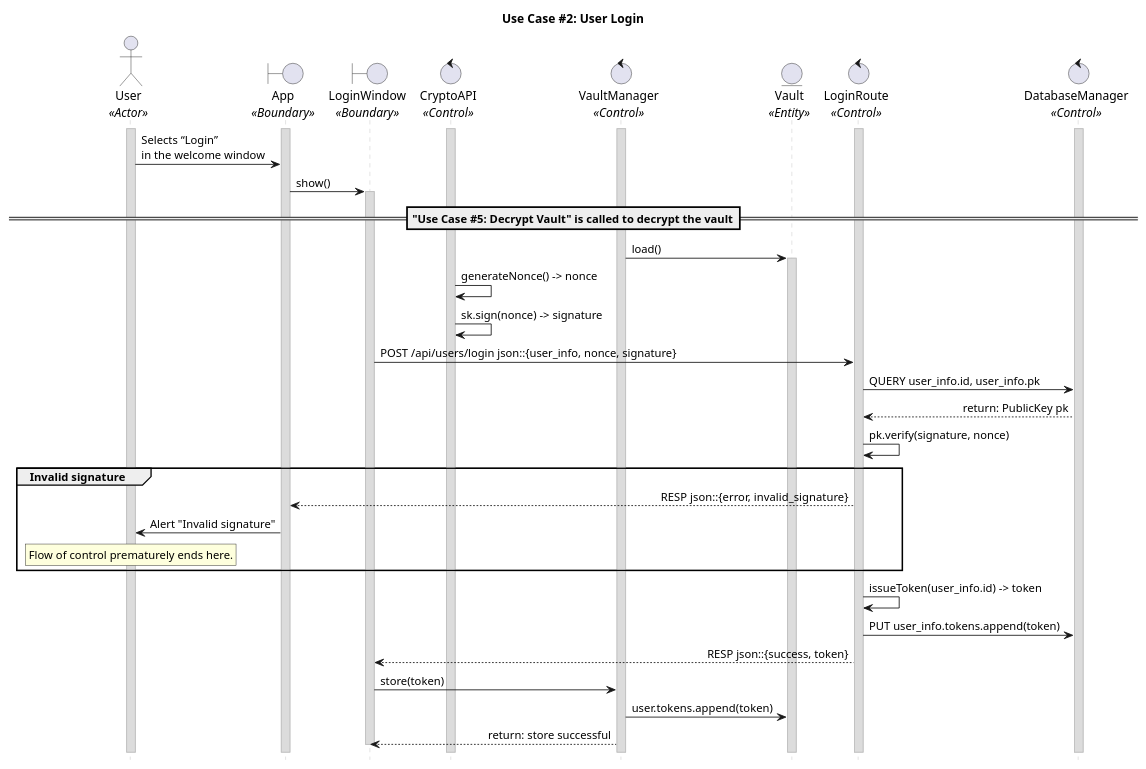
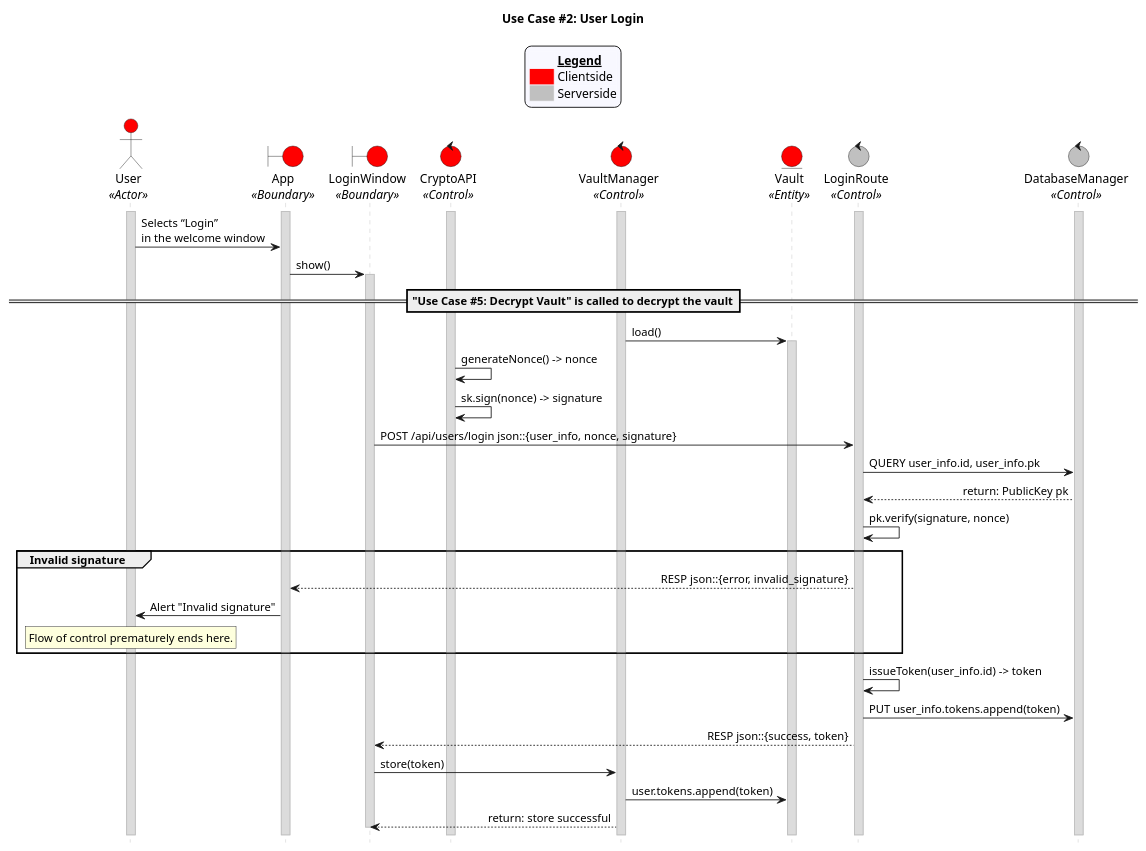
One commit to CECS-491-SP24-Group-1/seq-diagrams changed the diagram in uc_02.puml. Above: the diagram before and after it, drawn with PlantUML. The commit also changed 8 other files, not shown here.

Commit message:
Add legends to the diagrams

```diff
--- a/uc_02.puml
+++ b/uc_02.puml
@@ -1,76 +1,88 @@
 @startuml uc02
 title "Use Case #2: User Login"
 
 'Styling goes here
 hide footbox
 skinparam stereotypePosition bottom
 skinparam sequenceMessageAlign direction
 skinparam sequence {
     LifeLineBorderColor #Silver
     LifeLineBackgroundColor #Gainsboro
 }
 
+'Add a legend plus styling
+skinparam legend {
+	backgroundColor #GhostWhite
+	entrySeparator #GhostWhite
+}
+
+legend top
+	<#GhostWhite,#GhostWhite>|	|= __Legend__ |
+	|<#red> | Clientside|
+	|<#silver> | Serverside|
+endlegend
+
 'Setup the objects involved here
-actor User as u <<Actor>>
-boundary App as a <<Boundary>>
-boundary LoginWindow as lw <<Boundary>>
-control CryptoAPI as ca <<Control>>
-control VaultManager as vm <<Control>>
-entity Vault as v <<Entity>>
-control LoginRoute as lr <<Control>>
-control DatabaseManager as db <<Control>>
+actor User as u <<Actor>> #red
+boundary App as a <<Boundary>> #red
+boundary LoginWindow as lw <<Boundary>> #red
+control CryptoAPI as ca <<Control>> #red
+control VaultManager as vm <<Control>> #red
+entity Vault as v <<Entity>> #red
+control LoginRoute as lr <<Control>> #silver
+control DatabaseManager as db <<Control>> #silver
 
 'Setup persistent objects here
 activate u 
 activate a
 activate ca
 activate vm
 activate lr
 activate db
 
 '--- FLOW OF CONTROL STARTS HERE ---
 'User selects “Login” on the front page.
 u -> a: Selects “Login” \nin the welcome window
 
 'System shows a form to login.
 a -> lw: show()
 activate lw
 
 =="Use Case #5: Decrypt Vault" is called to decrypt the vault==
 vm -> v: load()
 activate v
 
 'User's device creates a nonce, signs it, and sends it to the server.
 ca -> ca: generateNonce() -> nonce
 ca -> ca: sk.sign(nonce) -> signature
 lw -> lr: POST /api/users/login json::{user_info, nonce, signature}
 
 'The server verifies the signature against the known public key.
 lr -> db: QUERY user_info.id, user_info.pk
 db --> lr: return: PublicKey pk
 lr -> lr: pk.verify(signature, nonce)
 
 'Case 1: The signature is invalid.
 group Invalid signature
 	lr --> a: RESP json::{error, invalid_signature}
 	a -> u: Alert "Invalid signature"
 	rnote over u
 	Flow of control prematurely ends here.
 	endrnote
 end
 
 'Server issues a token for the user, establishing the existence of the login session.
 lr -> lr: issueToken(user_info.id) -> token
 lr -> db: PUT user_info.tokens.append(token)
 
 'Server sends the token to the user, confirming the success of the login
 lr --> lw: RESP json::{success, token}
 
 'User persists the token in local storage.
 lw -> vm: store(token)
 vm -> v: user.tokens.append(token)
 vm --> lw: return: store successful
 deactivate lw
 '--- FLOW OF CONTROL ENDS HERE   ---
 
 @enduml
```
